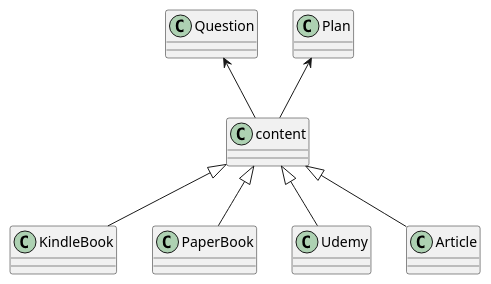
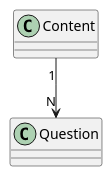
The diagram in GAS.pu (yokota-g/GAS), drawn with PlantUML before and after one commit.

Commit message:
fix class diagram

```diff
--- a/GAS.pu
+++ b/GAS.pu
@@ -1,9 +1,3 @@
 @startuml : GAS class diagram
-content <|-- KindleBook
-content <|-- PaperBook
-content <|-- Udemy
-content <|-- Article
-
-Question <-- content
-Plan <-- content
+Content "1"-->"N" Question
 @enduml
```
